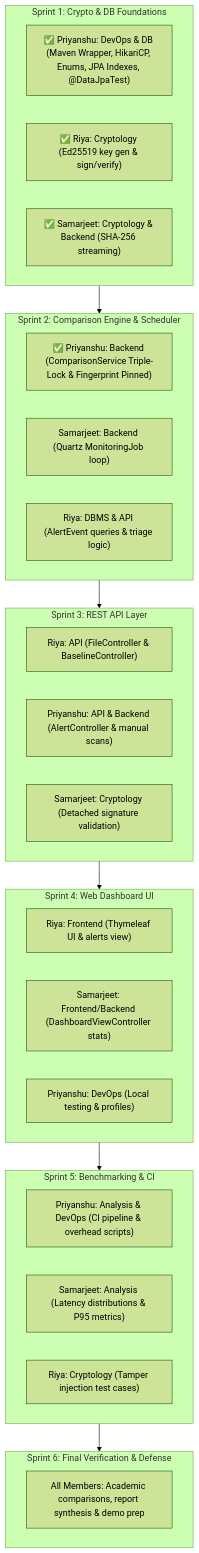
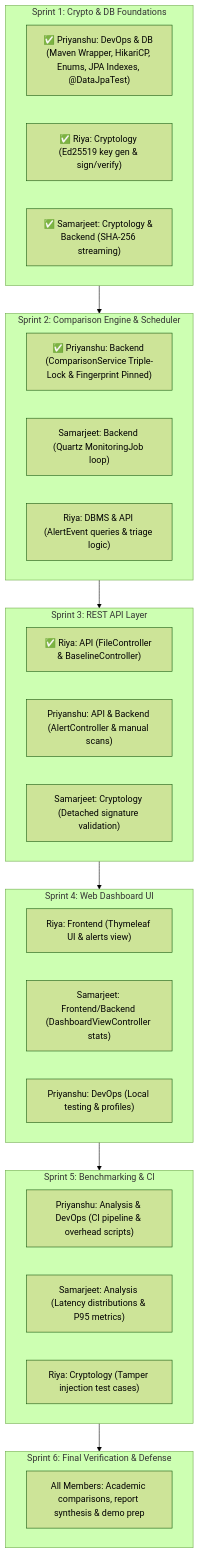
The diagram in docs/BRAIN.md (PG300604/HashWatch), drawn with Mermaid (forest theme) before and after one commit. The commit also changed 9 other files, not shown here.

Commit message:
feat(api): implement FileController and BaselineController REST endpoints, MockMvc test suites, and OpenAPI contract in TRD (Resolves S3-T1, SA-5)

````diff
--- a/docs/BRAIN.md
+++ b/docs/BRAIN.md
@@ -70,38 +70,38 @@
 ```mermaid
 flowchart TD
     subgraph Sprint1["Sprint 1: Crypto & DB Foundations"]
         S1P["✅ Priyanshu: DevOps & DB (Maven Wrapper, HikariCP, Enums, JPA Indexes, @DataJpaTest)"]
         S1R["✅ Riya: Cryptology (Ed25519 key gen & sign/verify)"]
         S1S["✅ Samarjeet: Cryptology & Backend (SHA-256 streaming)"]
     end
 
     subgraph Sprint2["Sprint 2: Comparison Engine & Scheduler"]
         S2P["✅ Priyanshu: Backend (ComparisonService Triple-Lock & Fingerprint Pinned)"]
         S2S["Samarjeet: Backend (Quartz MonitoringJob loop)"]
         S2R["Riya: DBMS & API (AlertEvent queries & triage logic)"]
     end
 
     subgraph Sprint3["Sprint 3: REST API Layer"]
-        S3R["Riya: API (FileController & BaselineController)"]
+        S3R["✅ Riya: API (FileController & BaselineController)"]
         S3P["Priyanshu: API & Backend (AlertController & manual scans)"]
         S3S["Samarjeet: Cryptology (Detached signature validation)"]
     end
 
     subgraph Sprint4["Sprint 4: Web Dashboard UI"]
         S4R["Riya: Frontend (Thymeleaf UI & alerts view)"]
         S4S["Samarjeet: Frontend/Backend (DashboardViewController stats)"]
         S4P["Priyanshu: DevOps (Local testing & profiles)"]
     end
 
     subgraph Sprint5["Sprint 5: Benchmarking & CI"]
         S5P["Priyanshu: Analysis & DevOps (CI pipeline & overhead scripts)"]
         S5S["Samarjeet: Analysis (Latency distributions & P95 metrics)"]
         S5R["Riya: Cryptology (Tamper injection test cases)"]
     end
 
     subgraph Sprint6["Sprint 6: Final Verification & Defense"]
         ALL["All Members: Academic comparisons, report synthesis & demo prep"]
     end
 
     Sprint1 --> Sprint2 --> Sprint3 --> Sprint4 --> Sprint5 --> Sprint6
 ```
````
